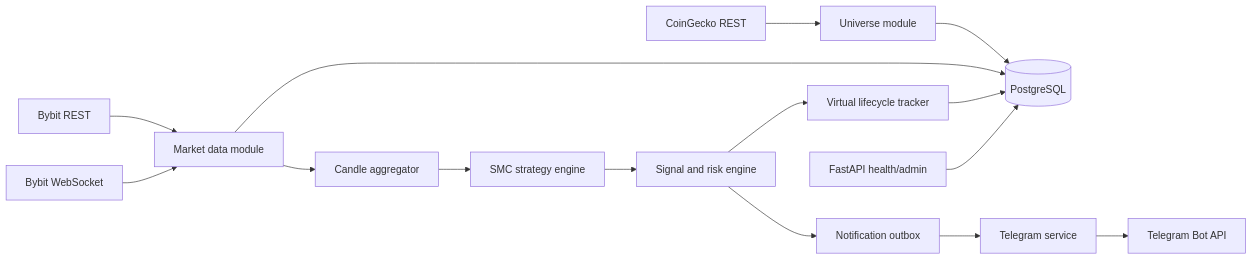
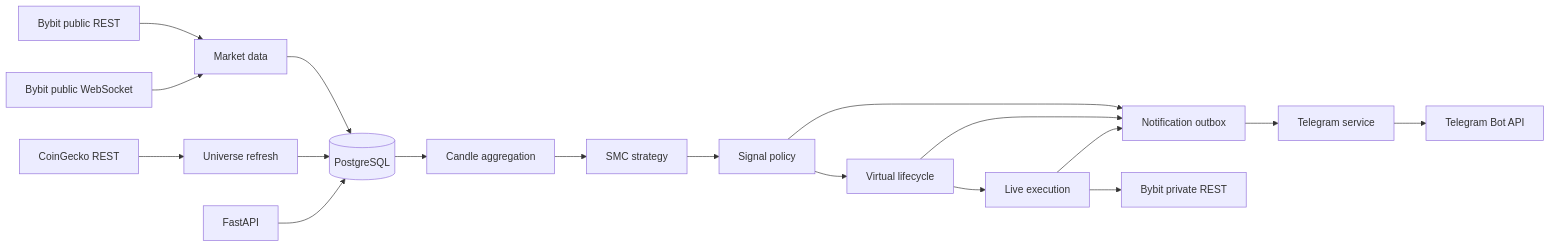
Before and after one commit to IvanStabronik/StructurePulse: the diagram in docs/architecture.md, drawn with Mermaid. The commit also changed other lines of this file and 7 other files, not shown here.

````diff
--- a/docs/architecture.md
+++ b/docs/architecture.md
@@ -52,17 +41,20 @@
 ```mermaid
 flowchart LR
-    CG["CoinGecko REST"] --> U["Universe module"]
-    BR["Bybit REST"] --> M["Market data module"]
-    BW["Bybit WebSocket"] --> M
-    U --> DB[("PostgreSQL")]
-    M --> DB
-    M --> C["Candle aggregator"]
-    C --> S["SMC strategy engine"]
-    S --> G["Signal and risk engine"]
-    G --> L["Virtual lifecycle tracker"]
-    G --> O["Notification outbox"]
-    L --> DB
-    O --> T["Telegram service"]
-    T --> TG["Telegram Bot API"]
-    A["FastAPI health/admin"] --> DB
+    CG["CoinGecko REST"] --> U["Universe refresh"]
+    BR["Bybit public REST"] --> MD["Market data"]
+    BW["Bybit public WebSocket"] --> MD
+    MD --> DB[("PostgreSQL")]
+    U --> DB
+    DB --> AGG["Candle aggregation"]
+    AGG --> STR["SMC strategy"]
+    STR --> SIG["Signal policy"]
+    SIG --> LIFE["Virtual lifecycle"]
+    SIG --> OUT["Notification outbox"]
+    LIFE --> OUT
+    LIFE --> EXEC["Live execution"]
+    EXEC --> BP["Bybit private REST"]
+    EXEC --> OUT
+    OUT --> TG["Telegram service"]
+    TG --> API["Telegram Bot API"]
+    HTTP["FastAPI"] --> DB
 ```
````
